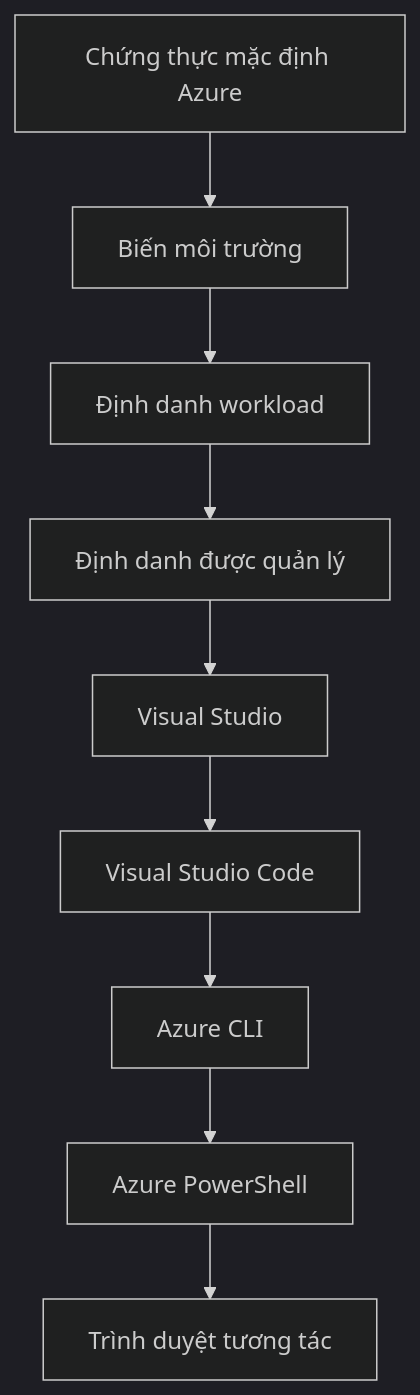
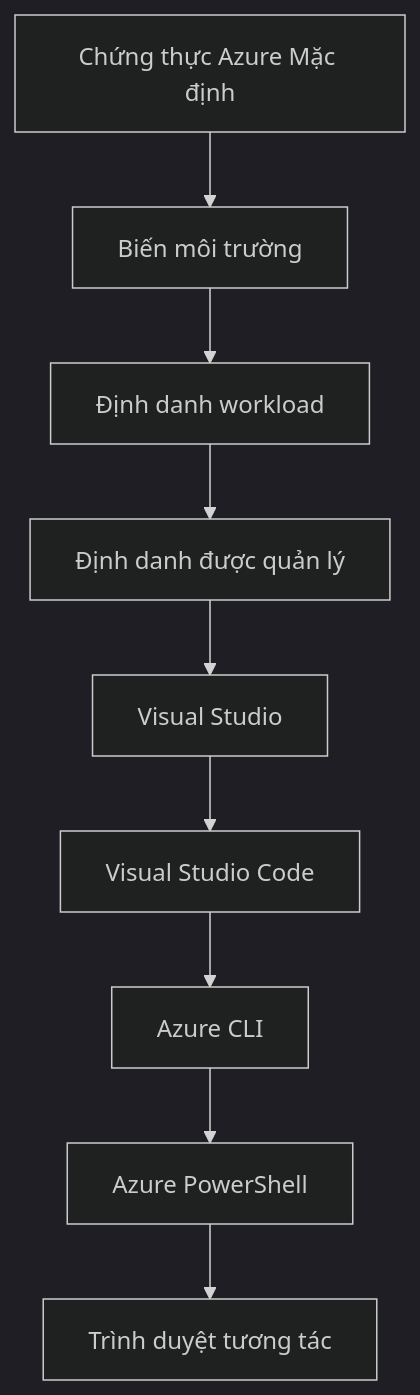
The second of 2 diagrams in translations/vi/docs/chapter-01-foundation/azd-basics.md (microsoft/AZD-for-beginners), drawn with Mermaid (dark theme) before and after one commit. The commit also changed other lines of this file and 101 other files, not shown here.

````diff
--- a/translations/vi/docs/chapter-01-foundation/azd-basics.md
+++ b/translations/vi/docs/chapter-01-foundation/azd-basics.md
@@ -558,11 +593,11 @@
 ```mermaid
 graph TD
-    A[Chứng thực mặc định Azure] --> B[Biến môi trường]
+    A[Chứng thực Azure Mặc định] --> B[Biến môi trường]
     B --> C[Định danh workload]
     C --> D[Định danh được quản lý]
     D --> E[Visual Studio]
     E --> F[Visual Studio Code]
     F --> G[Azure CLI]
     G --> H[Azure PowerShell]
     H --> I[Trình duyệt tương tác]
 ```
````
